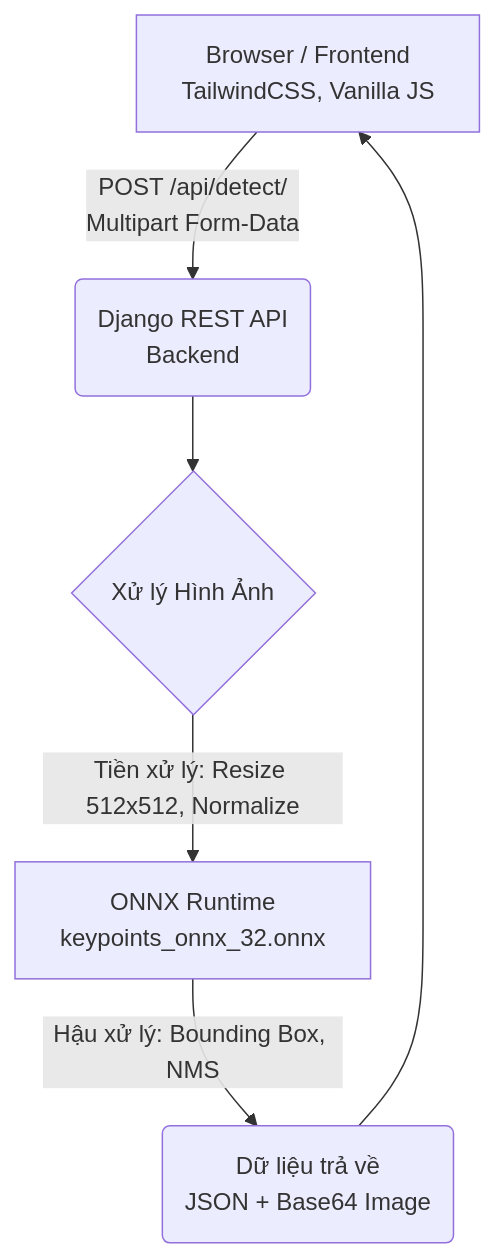
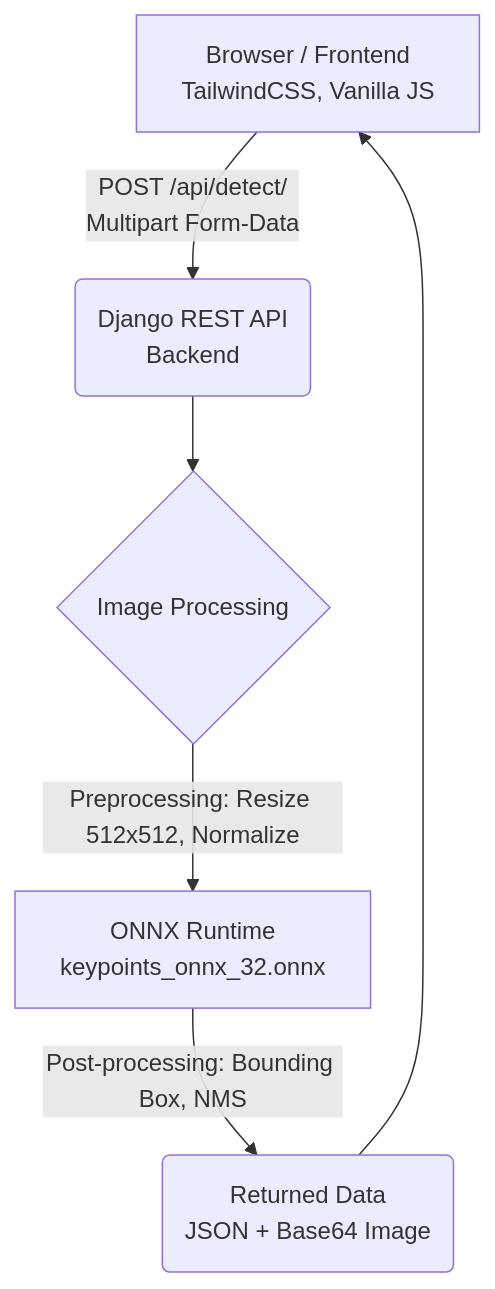
The diagram in README.md (quangts2531/sotatek_coding_challenge_demo), drawn with Mermaid before and after one commit. The commit also changed other lines of this file, not shown here.

````diff
--- a/README.md
+++ b/README.md
@@ -46,8 +46,8 @@
 ```mermaid
 graph TD
     A[Browser / Frontend<br>TailwindCSS, Vanilla JS] -->|POST /api/detect/<br>Multipart Form-Data| B(Django REST API<br>Backend)
-    B --> C{Xử lý Hình Ảnh}
-    C -->|Tiền xử lý: Resize 512x512, Normalize| D[ONNX Runtime<br>keypoints_onnx_32.onnx]
-    D -->|Hậu xử lý: Bounding Box, NMS| E(Dữ liệu trả về<br>JSON + Base64 Image)
+    B --> C{Image Processing}
+    C -->|Preprocessing: Resize 512x512, Normalize| D[ONNX Runtime<br>keypoints_onnx_32.onnx]
+    D -->|Post-processing: Bounding Box, NMS| E(Returned Data<br>JSON + Base64 Image)
     E --> A
 ```
````
